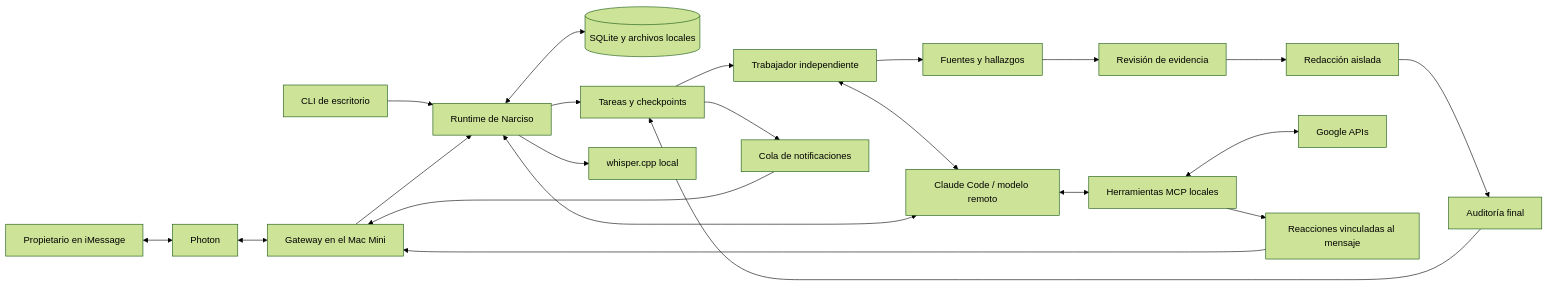
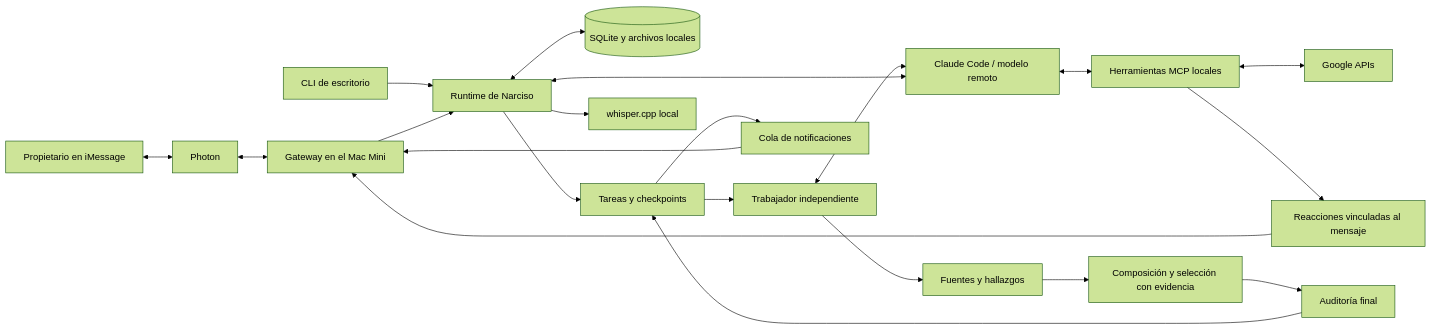
One commit to danglade/narciso changed the diagram in README.md. Above: the diagram before and after it, drawn with Mermaid (forest theme). The commit also changed other lines of this file and 15 other files, not shown here.

````diff
--- a/README.md
+++ b/README.md
@@ -104,24 +105,23 @@
 ```mermaid
 flowchart LR
     Owner[Propietario en iMessage] <--> Photon[Photon]
     Photon <--> Gateway[Gateway en el Mac Mini]
     CLI[CLI de escritorio] --> Runtime[Runtime de Narciso]
     Gateway --> Runtime
     Runtime <--> DB[(SQLite y archivos locales)]
     Runtime --> Jobs[Tareas y checkpoints]
     Jobs --> Worker[Trabajador independiente]
     Worker <--> Claude
     Worker --> Evidence[Fuentes y hallazgos]
-    Evidence --> Review[Revisión de evidencia]
-    Review --> Editor[Redacción aislada]
-    Editor --> Audit[Auditoría final]
+    Evidence --> Review[Composición y selección con evidencia]
+    Review --> Audit[Auditoría final]
     Audit --> Jobs
     Jobs --> Notify[Cola de notificaciones]
     Notify --> Gateway
     Runtime --> Speech[whisper.cpp local]
     Runtime <--> Claude[Claude Code / modelo remoto]
     Claude <--> MCP[Herramientas MCP locales]
     MCP <--> Google[Google APIs]
     MCP --> Reactions[Reacciones vinculadas al mensaje]
     Reactions --> Gateway
 ```
````
